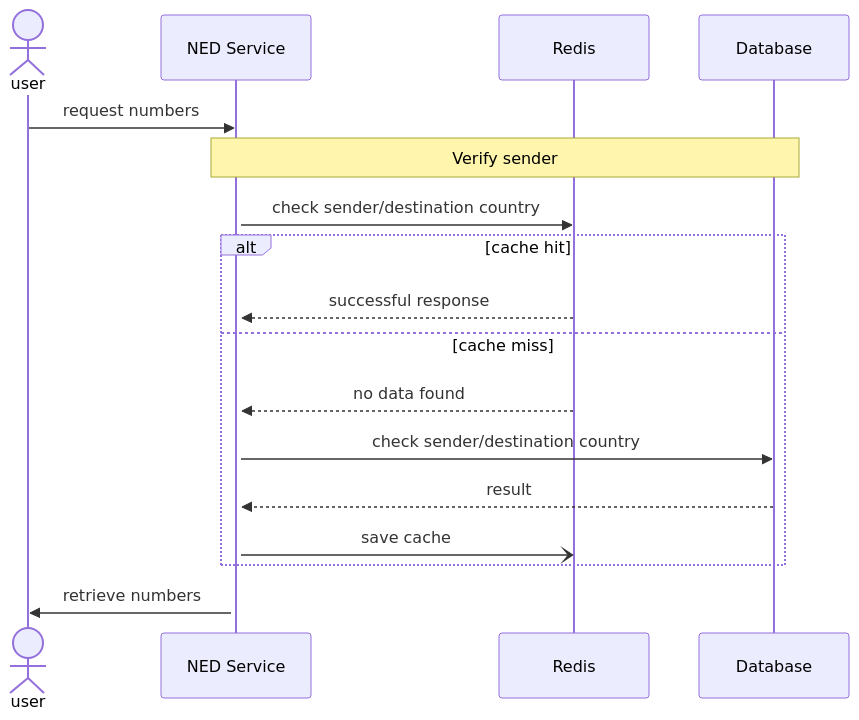
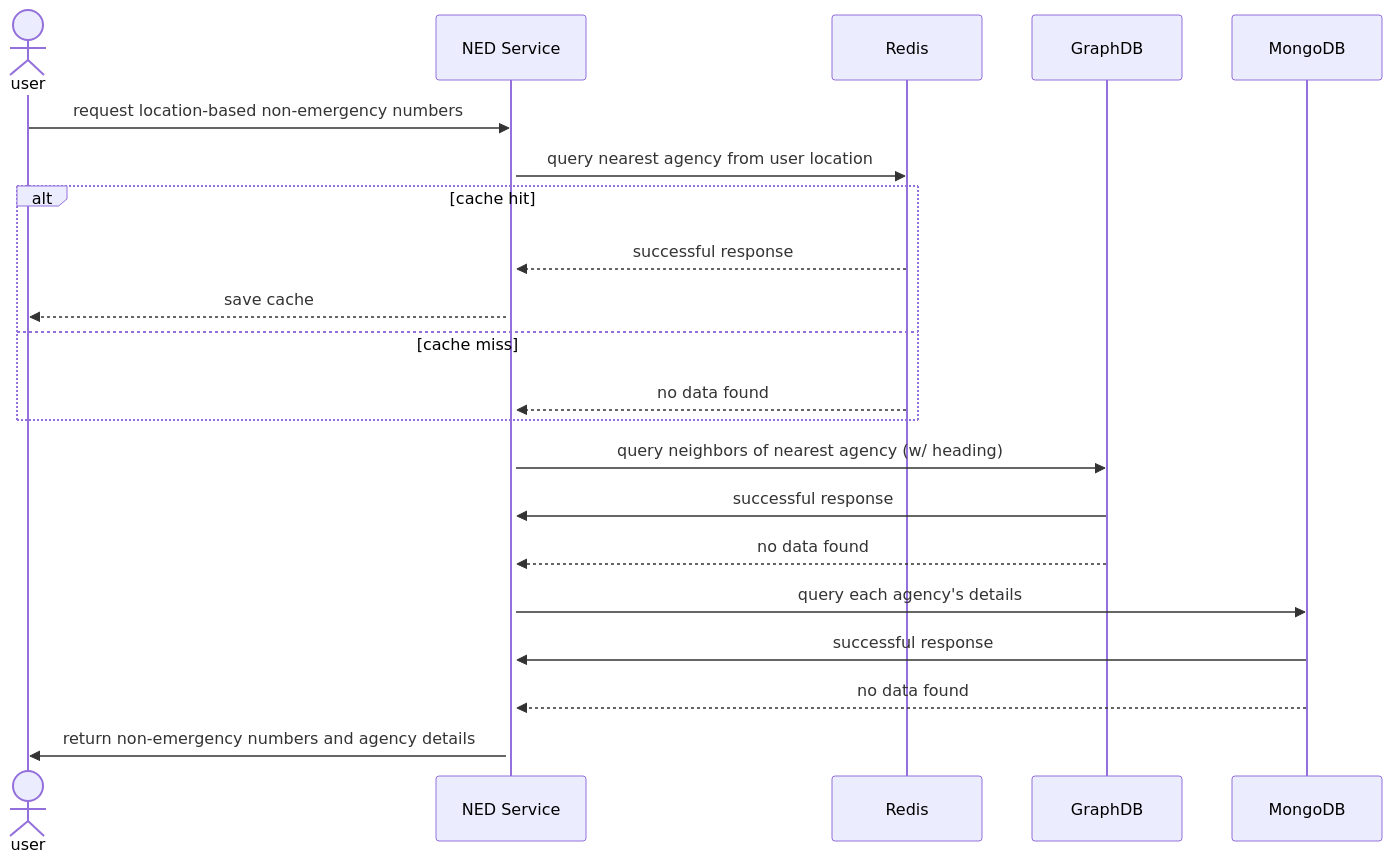
The diagram in README.md (Andrew-Shepard/swe-final-project), drawn with Mermaid before and after one commit.

Commit message:
Made requested changes to uml diagram

````diff
--- a/README.md
+++ b/README.md
@@ -1,21 +1,24 @@
 ```mermaid
 sequenceDiagram
-
   actor U as user
   participant N as NED Service
   participant R as Redis
-  participant D as Database
-  U->>N: request numbers
+  participant G as GraphDB
+  participant M as MongoDB
+  U->>N: request location-based non-emergency numbers
   activate N
-  Note over N,D: Verify sender
-  N->>R: check sender/destination country
+  N->>R: query nearest agency from user location
   alt cache hit
     R-->>N: successful response
+    N-->>U: save cache
   else cache miss
     R-->>N: no data found
-    N->>D: check sender/destination country
-    D-->>N: result
-    N-)R: save cache
   end
-  N->>U: retrieve numbers
+  N->>G: query neighbors of nearest agency (w/ heading)
+  G->>N: successful response
+  G-->>N: no data found
+  N->>M: query each agency's details
+  M->>N: successful response
+  M-->>N: no data found
+  N->>U: return non-emergency numbers and agency details
 ```
````
